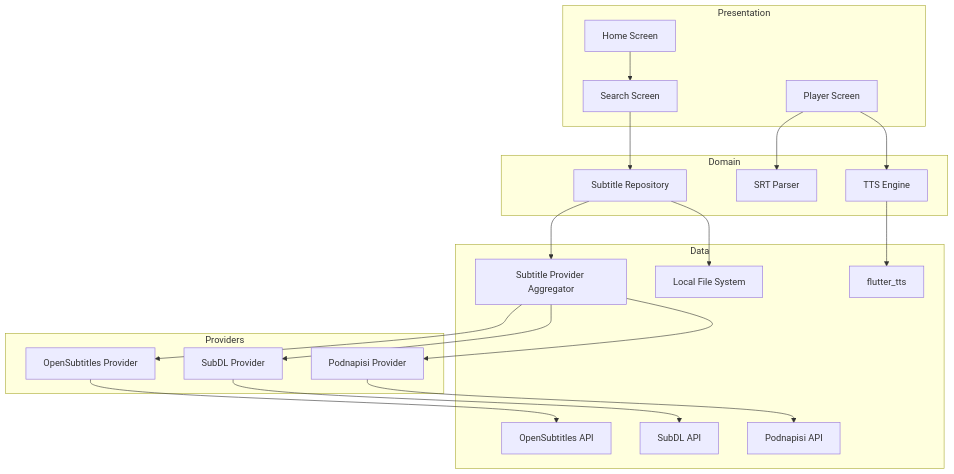
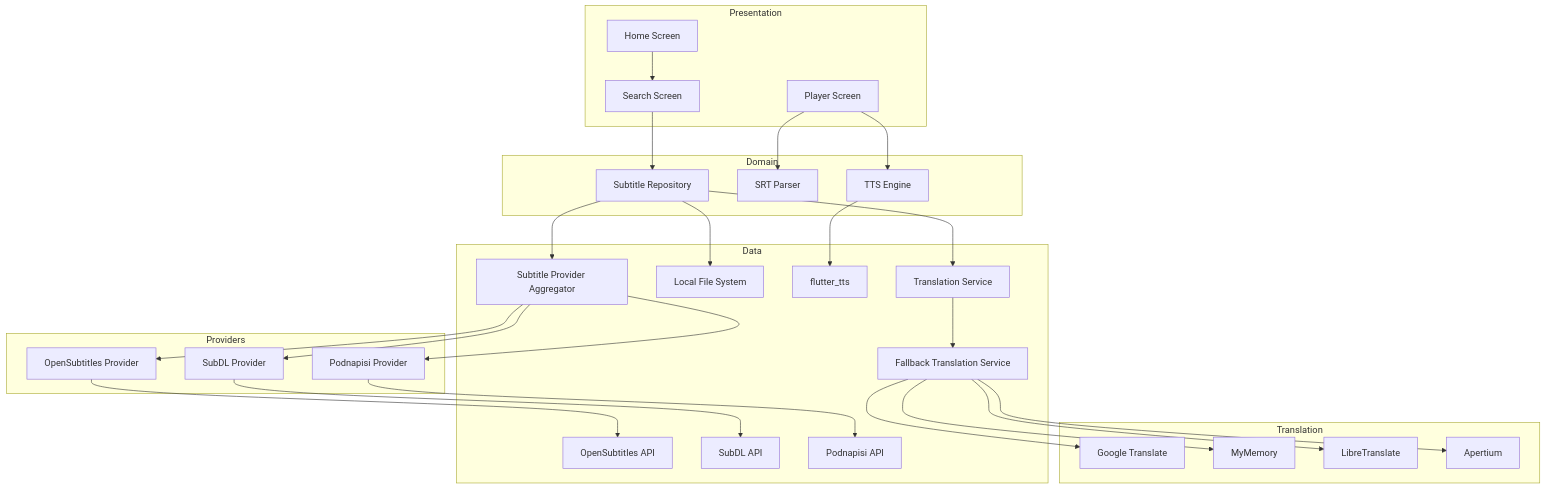
Before and after one commit to nmwael/subvocal: the first of 2 diagrams in DEVELOPMENT.md, drawn with Mermaid. The commit also changed other lines of this file and 1 other file, not shown here.

First line of the commit message:
chore: doc: Add translation service documentation

````diff
--- a/DEVELOPMENT.md
+++ b/DEVELOPMENT.md
@@ -13,40 +13,54 @@
 ```mermaid
 graph TB
     subgraph Presentation
         HS[Home Screen]
         SS[Search Screen]
         PS[Player Screen]
     end
     subgraph Domain
         SR[Subtitle Repository]
         SP[SRT Parser]
         TTS[TTS Engine]
     end
     subgraph Data
         SA[Subtitle Provider Aggregator]
         OS[OpenSubtitles API]
         SD[SubDL API]
         PN[Podnapisi API]
         LF[Local File System]
         FT[flutter_tts]
+        TS[Translation Service]
+        FTS[Fallback Translation Service]
     end
     subgraph Providers
         OP[OpenSubtitles Provider]
         SDP[SubDL Provider]
         PNP[Podnapisi Provider]
+    end
+    subgraph Translation
+        GT[Google Translate]
+        MM[MyMemory]
+        LT[LibreTranslate]
+        AT[Apertium]
     end
 
     HS --> SS
     SS --> SR
     SR --> SA
     SA --> OP
     SA --> SDP
     SA --> PNP
     OP --> OS
     SDP --> SD
     PNP --> PN
     SR --> LF
+    SR --> TS
+    TS --> FTS
+    FTS --> GT
+    FTS --> MM
+    FTS --> LT
+    FTS --> AT
     PS --> TTS
     PS --> SP
     TTS --> FT
 ```
````
